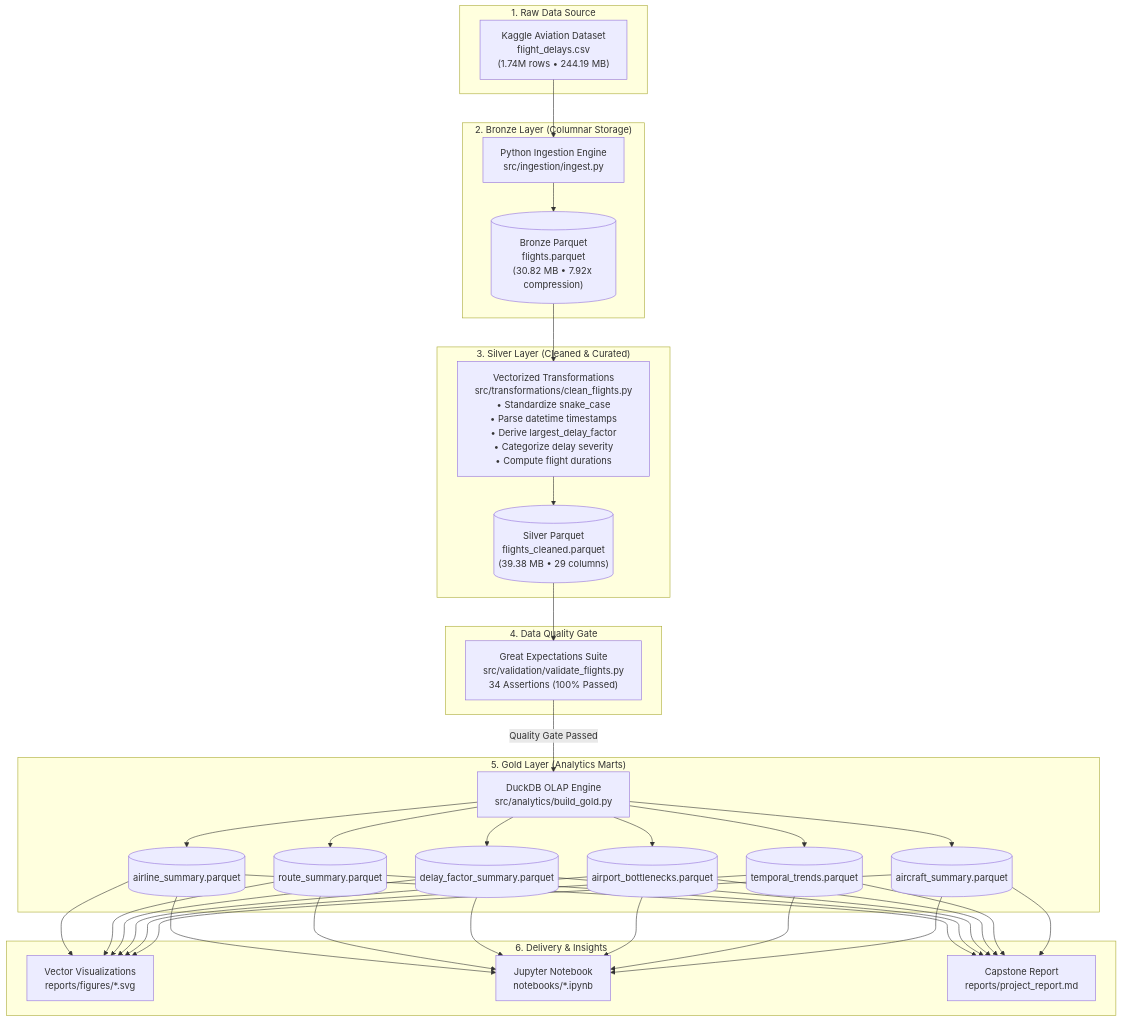
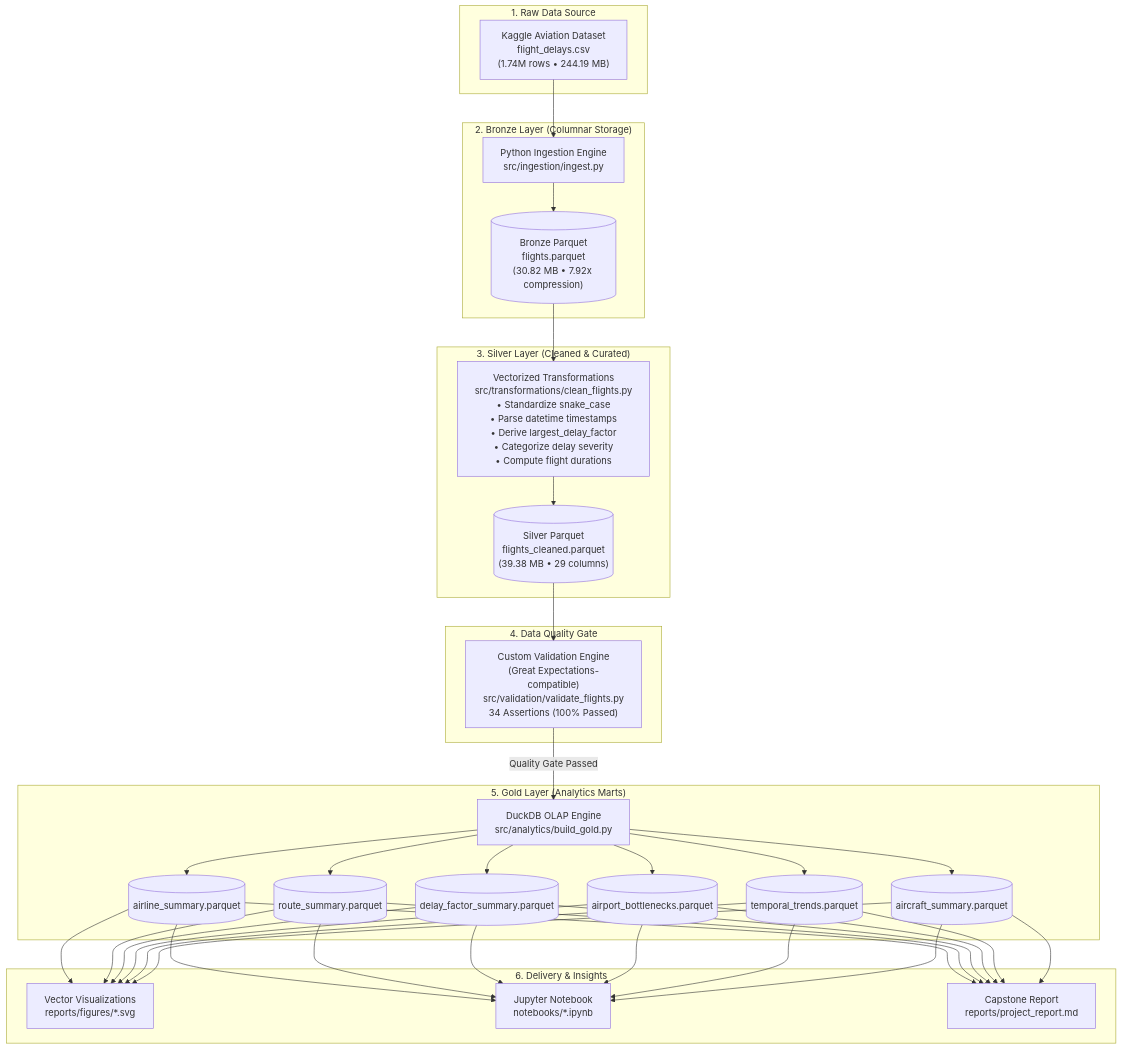
Before and after one commit to R123-RB/Flight-Delay-Lakehouse: the diagram in README.md, drawn with Mermaid. The commit also changed other lines of this file and 5 other files, not shown here.

````diff
--- a/README.md
+++ b/README.md
@@ -24,42 +24,42 @@
 ```mermaid
 flowchart TD
     subgraph S1 ["1. Raw Data Source"]
         raw["Kaggle Aviation Dataset<br/>flight_delays.csv<br/>(1.74M rows • 244.19 MB)"]
     end
 
     subgraph S2 ["2. Bronze Layer (Columnar Storage)"]
         ingest["Python Ingestion Engine<br/>src/ingestion/ingest.py"]
         bronze[("Bronze Parquet<br/>flights.parquet<br/>(30.82 MB • 7.92x compression)")]
         raw --> ingest --> bronze
     end
 
     subgraph S3 ["3. Silver Layer (Cleaned & Curated)"]
         clean["Vectorized Transformations<br/>src/transformations/clean_flights.py<br/>• Standardize snake_case<br/>• Parse datetime timestamps<br/>• Derive largest_delay_factor<br/>• Categorize delay severity<br/>• Compute flight durations"]
         silver[("Silver Parquet<br/>flights_cleaned.parquet<br/>(39.38 MB • 29 columns)")]
         bronze --> clean --> silver
     end
 
     subgraph S4 ["4. Data Quality Gate"]
-        val["Great Expectations Suite<br/>src/validation/validate_flights.py<br/>34 Assertions (100% Passed)"]
+        val["Custom Validation Engine<br/>(Great Expectations-compatible)<br/>src/validation/validate_flights.py<br/>34 Assertions (100% Passed)"]
         silver --> val
     end
 
     subgraph S5 ["5. Gold Layer (Analytics Marts)"]
         duck["DuckDB OLAP Engine<br/>src/analytics/build_gold.py"]
         val -->|Quality Gate Passed| duck
         g1[("airline_summary.parquet")]
         g2[("route_summary.parquet")]
         g3[("delay_factor_summary.parquet")]
         g4[("airport_bottlenecks.parquet")]
         g5[("temporal_trends.parquet")]
         g6[("aircraft_summary.parquet")]
         duck --> g1 & g2 & g3 & g4 & g5 & g6
     end
 
     subgraph S6 ["6. Delivery & Insights"]
         viz["Vector Visualizations<br/>reports/figures/*.svg"]
         nb["Jupyter Notebook<br/>notebooks/*.ipynb"]
         rep["Capstone Report<br/>reports/project_report.md"]
         g1 & g2 & g3 & g4 & g5 & g6 --> viz & nb & rep
     end
 ```
````
